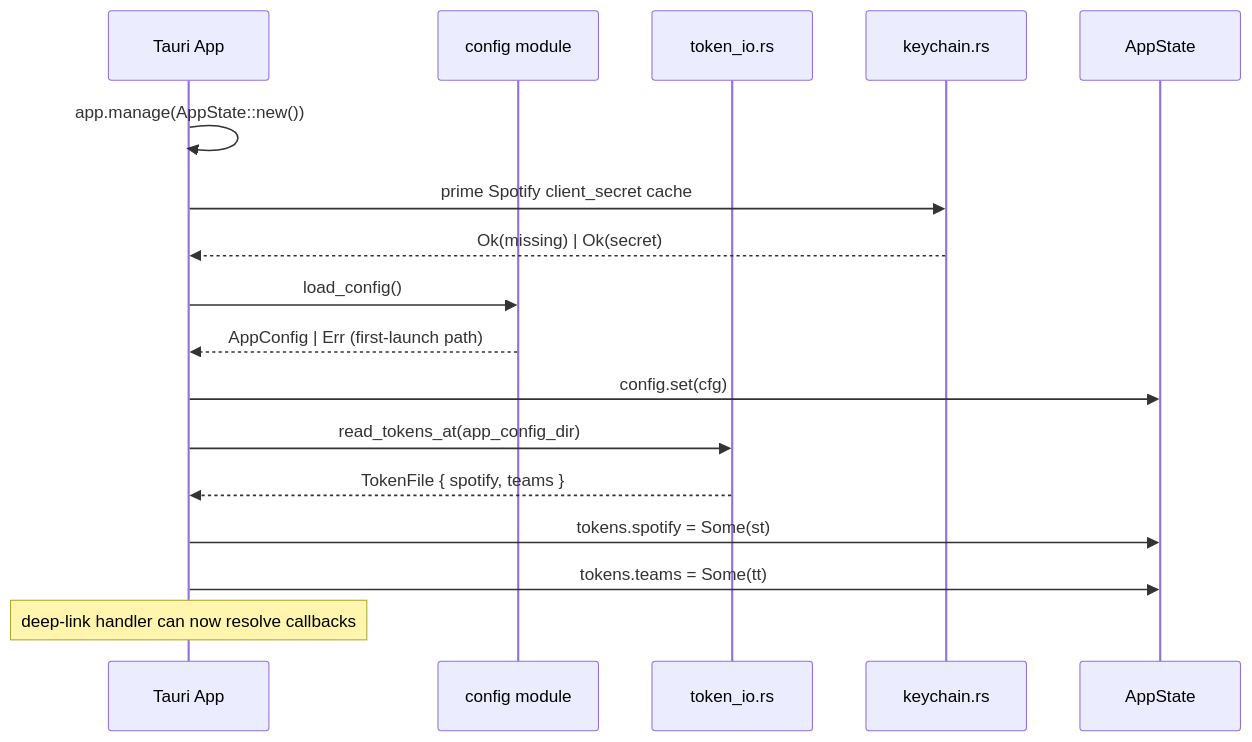
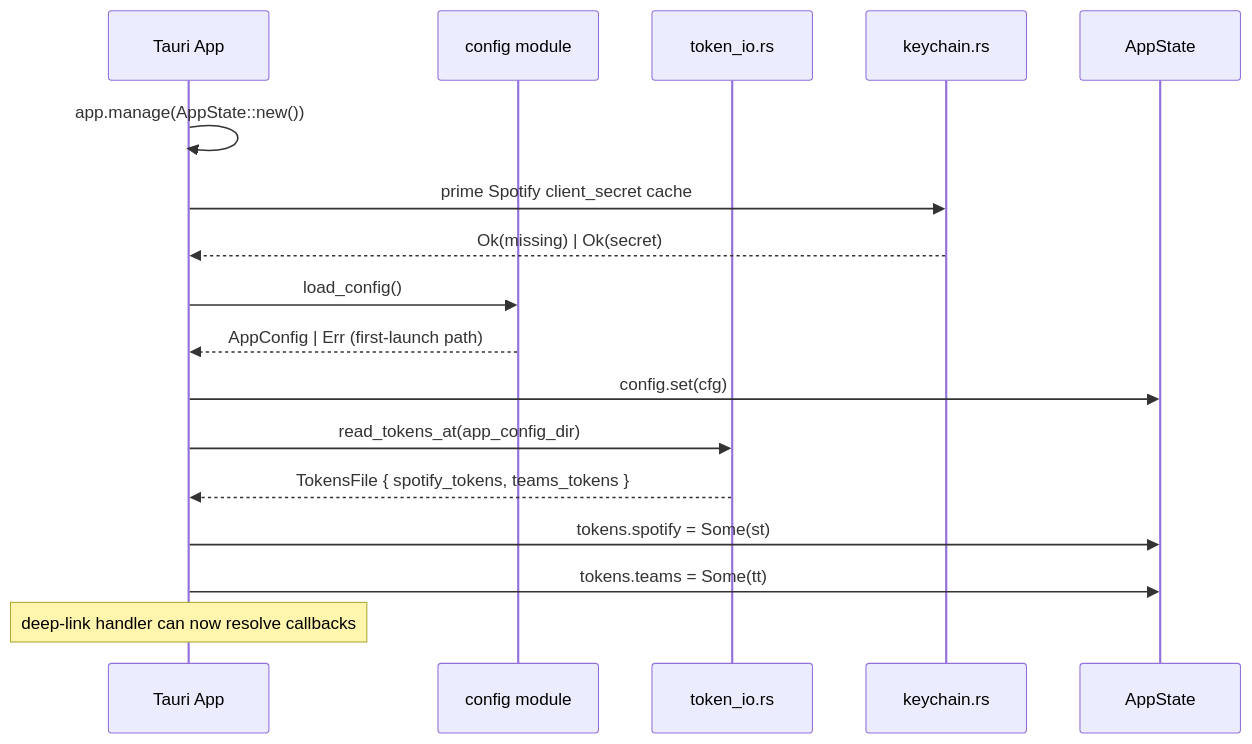
Before and after one commit to Carme99/PresenceJam-Desktop: the fifth of 8 diagrams in ARCHITECTURE.md, drawn with Mermaid. The commit also changed other lines of this file, not shown here.

First line of the commit message:
docs(architecture): address review feedback on PR #132

````diff
--- a/ARCHITECTURE.md
+++ b/ARCHITECTURE.md
@@ -181,20 +180,20 @@
 ```mermaid
 sequenceDiagram
     participant App as Tauri App
     participant Config as config module
     participant TokenIO as token_io.rs
     participant Keychain as keychain.rs
     participant State as AppState
 
     App->>App: app.manage(AppState::new())
     App->>Keychain: prime Spotify client_secret cache
     Keychain-->>App: Ok(missing) | Ok(secret)
     App->>Config: load_config()
     Config-->>App: AppConfig | Err (first-launch path)
     App->>State: config.set(cfg)
     App->>TokenIO: read_tokens_at(app_config_dir)
-    TokenIO-->>App: TokenFile { spotify, teams }
+    TokenIO-->>App: TokensFile { spotify_tokens, teams_tokens }
     App->>State: tokens.spotify = Some(st)
     App->>State: tokens.teams = Some(tt)
     Note over App: deep-link handler can now resolve callbacks
 ```
````
